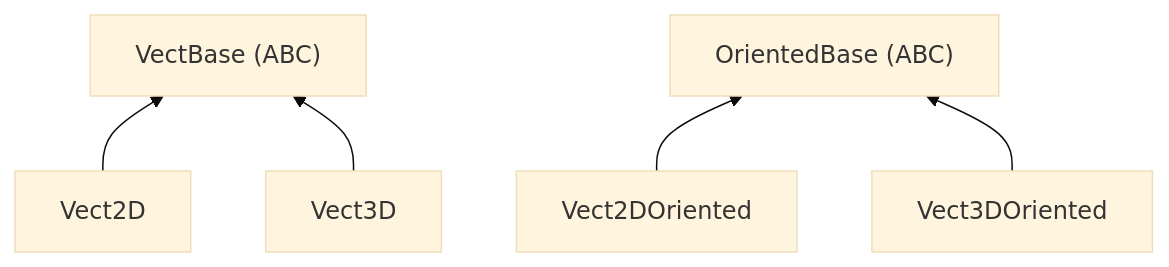
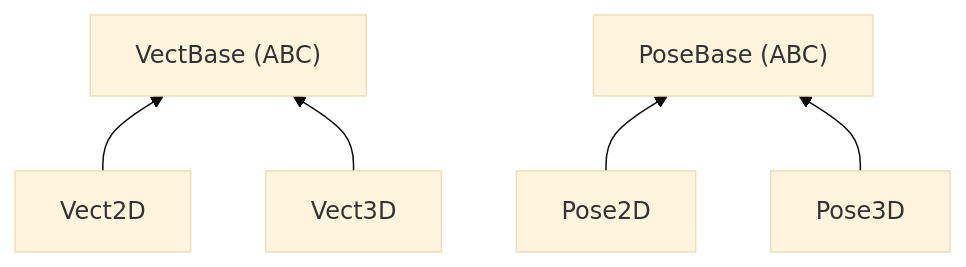
One commit to evolutek/evo-hl-library changed the diagram in docs/glossary/types/vect.md. Above: the diagram before and after it, drawn with Mermaid (base theme). The commit also changed other lines of this file and 4 other files, not shown here.

First line of the commit message:
refactor: rename oriented types to Pose2D/Pose3D, implement quaternion rotation

````diff
--- a/docs/glossary/types/vect.md
+++ b/docs/glossary/types/vect.md
@@ -7,7 +7,7 @@
 ```mermaid
 graph BT
     Vect2D --> VectBase["VectBase (ABC)"]
     Vect3D --> VectBase
-    Vect2DOriented --> OrientedBase["OrientedBase (ABC)"]
-    Vect3DOriented --> OrientedBase
+    Pose2D --> PoseBase["PoseBase (ABC)"]
+    Pose3D --> PoseBase
 ```
````
